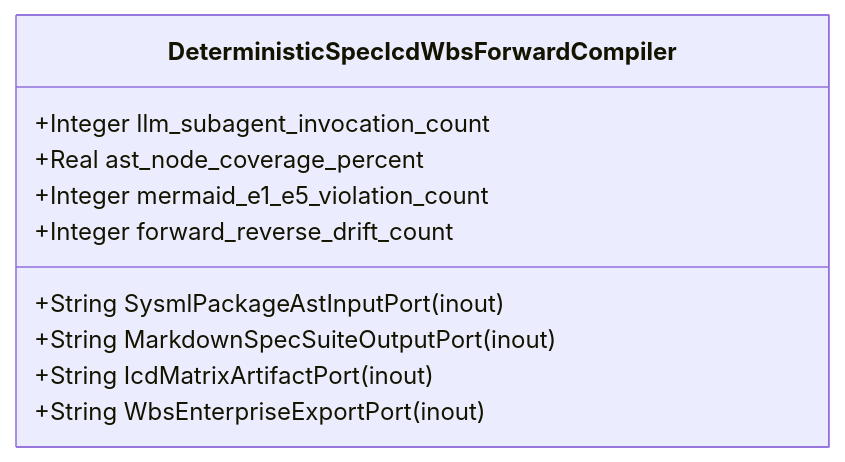
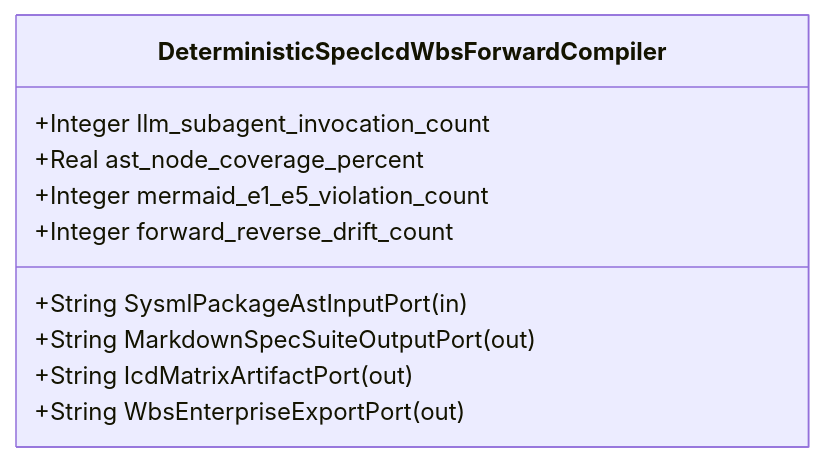
One commit to gintatkinson/DEAP01-spec-core changed the diagram in .pipeline/upstream/docs/features/FEAT-18-DeterministicSpecIcdWbsForwardCompiler.md. Above: the diagram before and after it, drawn with Mermaid. The commit also changed other lines of this file and 213 other files, not shown here.

````diff
--- a/.pipeline/upstream/docs/features/FEAT-18-DeterministicSpecIcdWbsForwardCompiler.md
+++ b/.pipeline/upstream/docs/features/FEAT-18-DeterministicSpecIcdWbsForwardCompiler.md
@@ -16,13 +16,13 @@
 ```mermaid
 classDiagram
     class DeterministicSpecIcdWbsForwardCompiler {
-        +String SysmlPackageAstInputPort (inout)
-        +String MarkdownSpecSuiteOutputPort (inout)
-        +String IcdMatrixArtifactPort (inout)
-        +String WbsEnterpriseExportPort (inout)
+        +String SysmlPackageAstInputPort (in)
+        +String MarkdownSpecSuiteOutputPort (out)
+        +String IcdMatrixArtifactPort (out)
+        +String WbsEnterpriseExportPort (out)
         +Integer llm_subagent_invocation_count
         +Real ast_node_coverage_percent
         +Integer mermaid_e1_e5_violation_count
         +Integer forward_reverse_drift_count
     }
 ```
````
